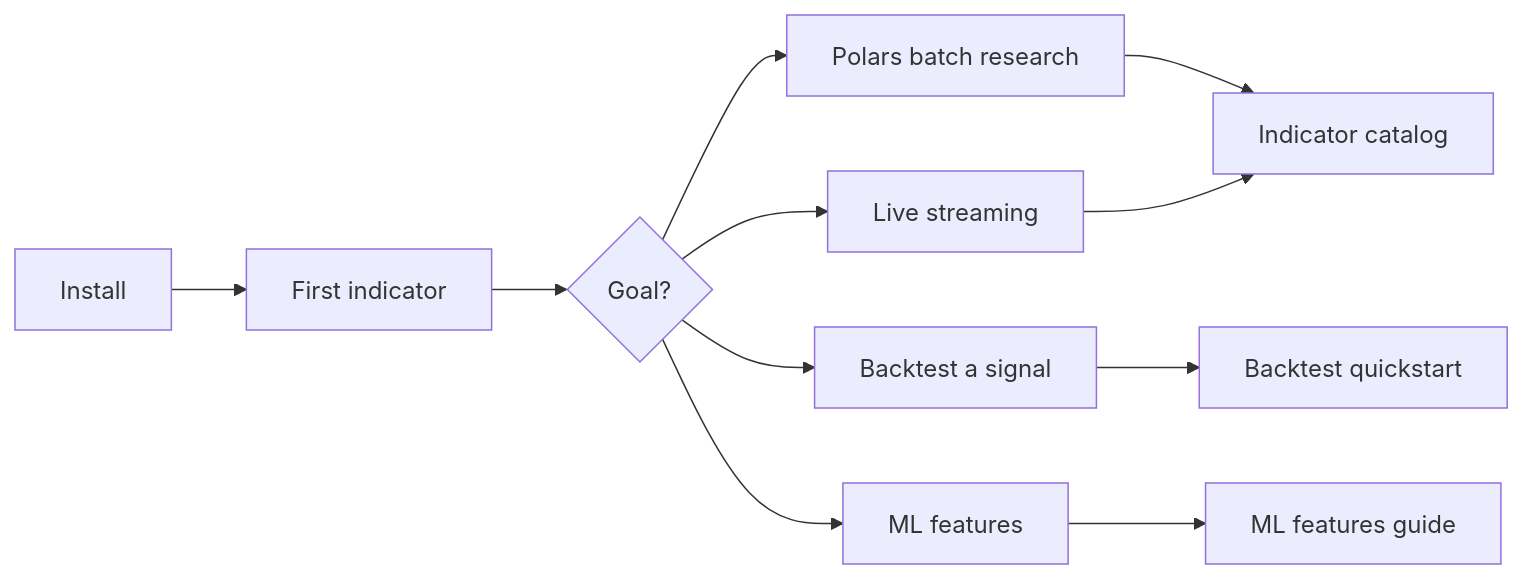
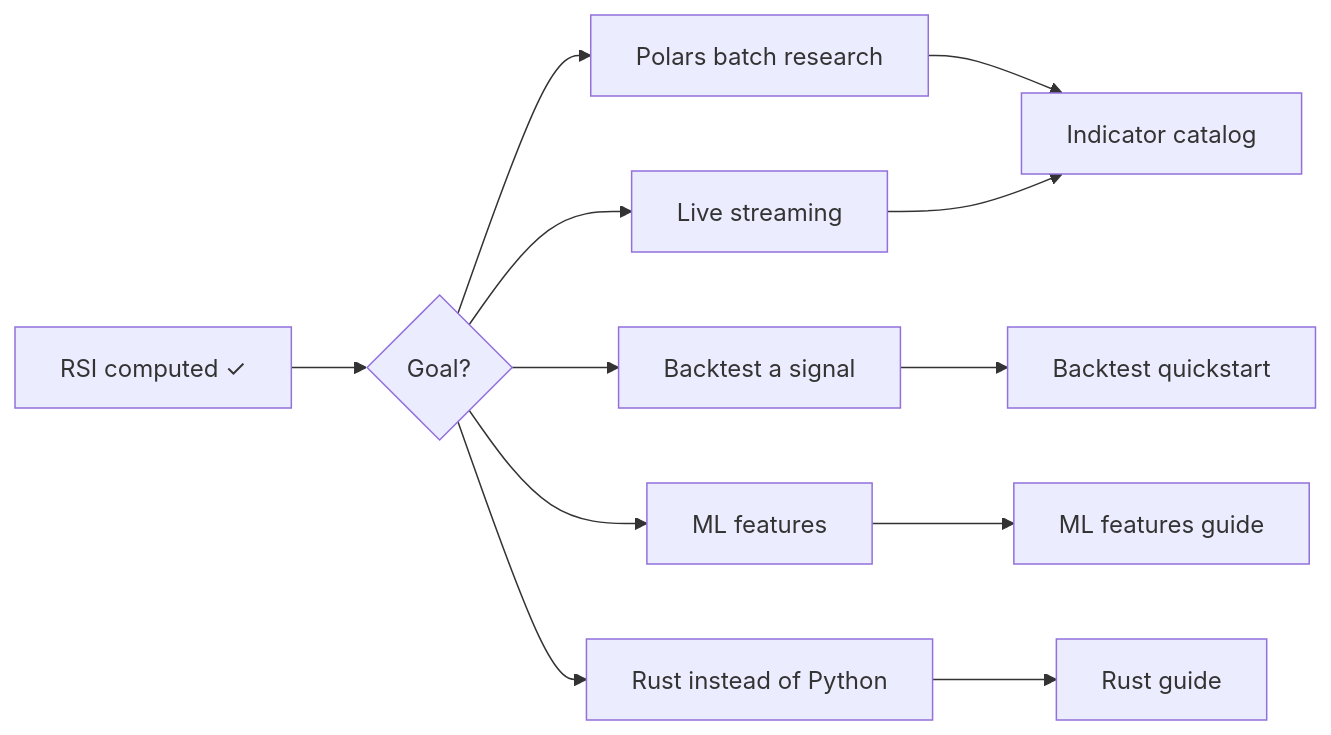
One commit to lavs9/quantwave changed the diagram in docs/getting-started/index.md. Above: the diagram before and after it, drawn with Mermaid. The commit also changed other lines of this file and 4 other files, not shown here.

````diff
--- a/docs/getting-started/index.md
+++ b/docs/getting-started/index.md
@@ -13,13 +162,14 @@
 ```mermaid
 flowchart LR
-    A[Install] --> B[First indicator]
-    B --> C{Goal?}
-    C --> D[Polars batch research]
-    C --> E[Live streaming]
-    C --> F[Backtest a signal]
-    C --> G[ML features]
-    D --> H[Indicator catalog]
-    E --> H
-    F --> I[Backtest quickstart]
-    G --> J[ML features guide]
+    A[RSI computed ✓] --> B{Goal?}
+    B --> C[Polars batch research]
+    B --> D[Live streaming]
+    B --> E[Backtest a signal]
+    B --> F[ML features]
+    B --> G[Rust instead of Python]
+    C --> H[Indicator catalog]
+    D --> H
+    E --> I[Backtest quickstart]
+    F --> J[ML features guide]
+    G --> K[Rust guide]
 ```
````
